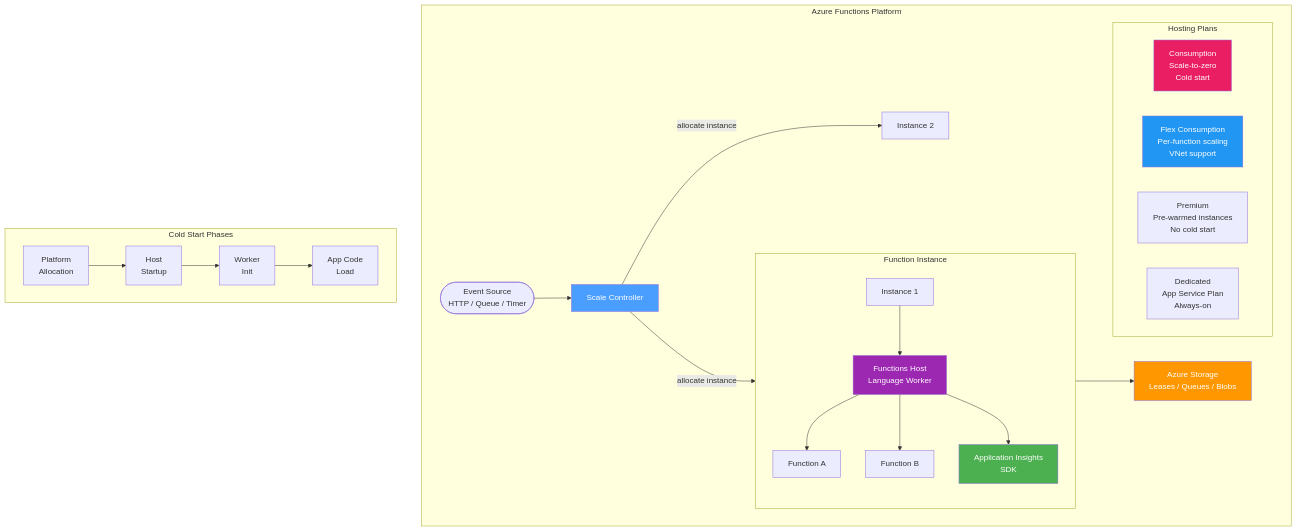
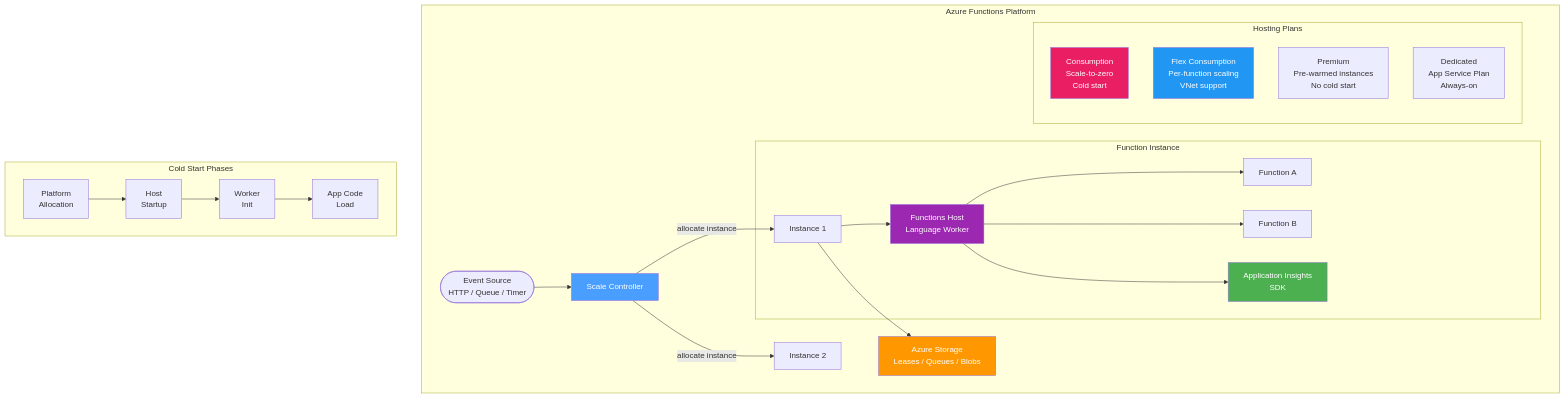
The diagram in docs/functions/index.md (yeongseon/azure-paas-troubleshooting-labs), drawn with Mermaid before and after one commit. The commit also changed 40 other files, not shown here.

````diff
--- a/docs/functions/index.md
+++ b/docs/functions/index.md
@@ -14,39 +14,36 @@
 ```mermaid
 graph TB
     subgraph "Azure Functions Platform"
         TRIGGER([Event Source<br/>HTTP / Queue / Timer]) --> SCALE[Scale Controller]
 
-        SCALE --> |"allocate instance"| INST1[Instance 1]
+        SCALE --> |"allocate instance"| INST1
         SCALE --> |"allocate instance"| INST2[Instance 2]
 
         subgraph "Function Instance"
-            direction TB
-            INST1 --> HOST[Functions Host<br/>Language Worker]
+            INST1[Instance 1] --> HOST[Functions Host<br/>Language Worker]
             HOST --> FUNC1[Function A]
             HOST --> FUNC2[Function B]
             HOST --> AI[Application Insights<br/>SDK]
         end
 
         INST1 --> STORAGE[Azure Storage<br/>Leases / Queues / Blobs]
 
         subgraph "Hosting Plans"
-            direction LR
             CONS[Consumption<br/>Scale-to-zero<br/>Cold start]
             FLEX[Flex Consumption<br/>Per-function scaling<br/>VNet support]
             PREM[Premium<br/>Pre-warmed instances<br/>No cold start]
             DED[Dedicated<br/>App Service Plan<br/>Always-on]
         end
     end
 
     subgraph "Cold Start Phases"
-        direction LR
         P1[Platform<br/>Allocation] --> P2[Host<br/>Startup] --> P3[Worker<br/>Init] --> P4[App Code<br/>Load]
     end
 
     style SCALE fill:#4a9eff,color:#fff
     style STORAGE fill:#ff9800,color:#fff
     style HOST fill:#9c27b0,color:#fff
     style AI fill:#4caf50,color:#fff
     style CONS fill:#e91e63,color:#fff
     style FLEX fill:#2196f3,color:#fff
 ```
````
